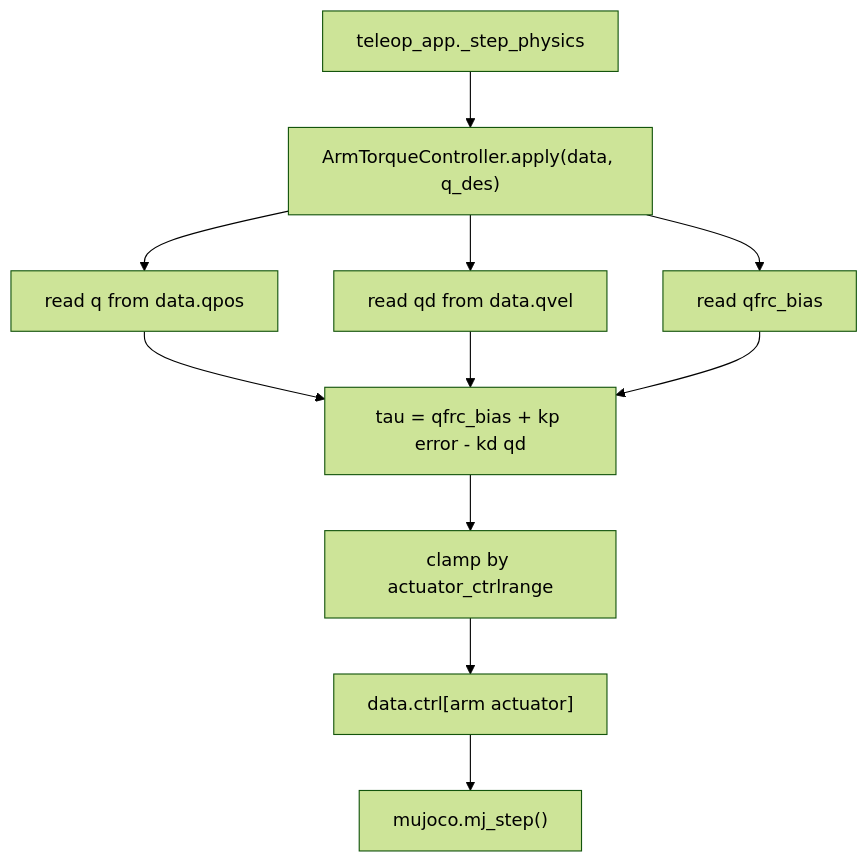
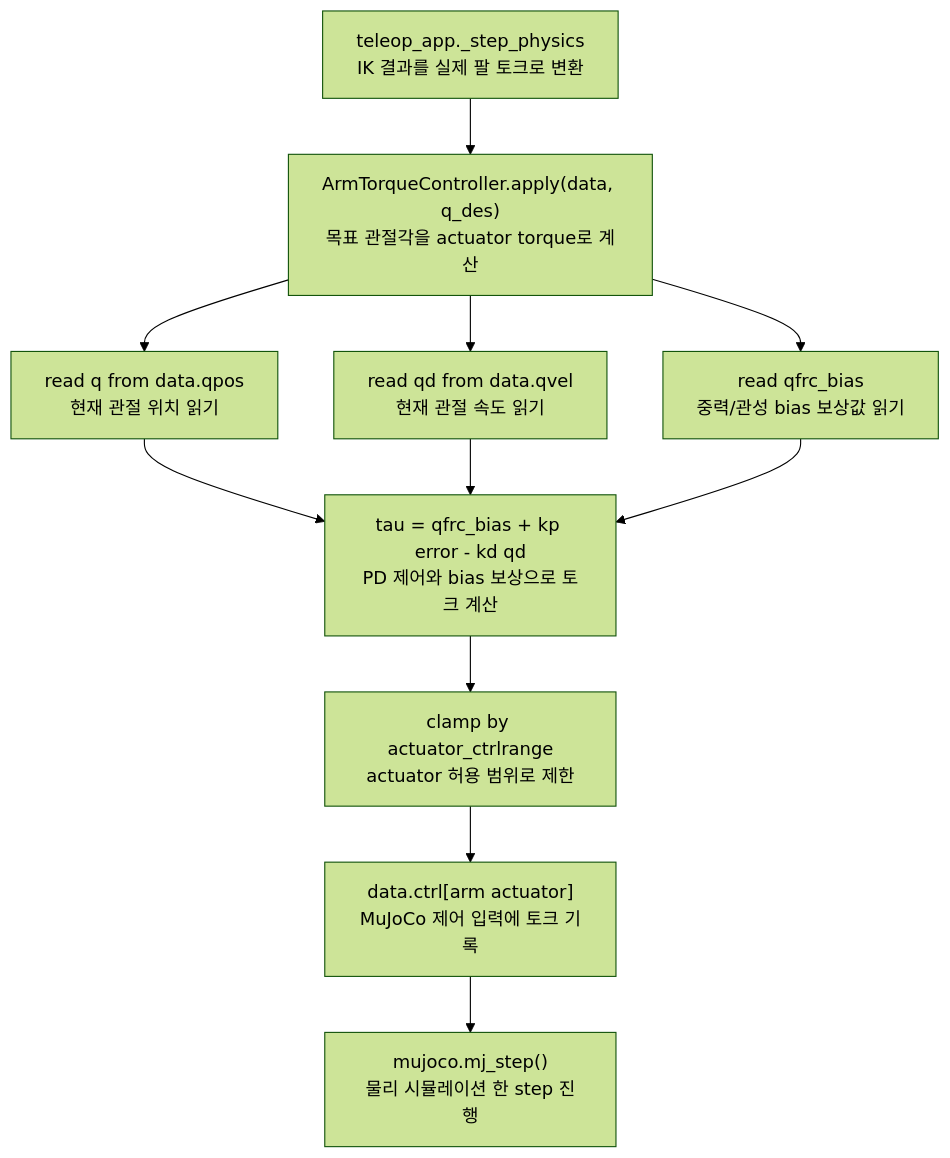
One commit to ggh-png/ffw-sh5-grasp changed the diagram in docs/guide/arm_control.md. Above: the diagram before and after it, drawn with Mermaid (forest theme). The commit also changed 9 other files, not shown here.

Commit message:
Improve docs diagrams and add project link

````diff
--- a/docs/guide/arm_control.md
+++ b/docs/guide/arm_control.md
@@ -25,13 +25,13 @@
 ```mermaid
 flowchart TD
-    A["teleop_app._step_physics"] --> B["ArmTorqueController.apply(data, q_des)"]
-    B --> C["read q from data.qpos"]
-    B --> D["read qd from data.qvel"]
-    B --> E["read qfrc_bias"]
-    C --> F["tau = qfrc_bias + kp error - kd qd"]
+    A["teleop_app._step_physics<br>IK 결과를 실제 팔 토크로 변환"] --> B["ArmTorqueController.apply(data, q_des)<br>목표 관절각을 actuator torque로 계산"]
+    B --> C["read q from data.qpos<br>현재 관절 위치 읽기"]
+    B --> D["read qd from data.qvel<br>현재 관절 속도 읽기"]
+    B --> E["read qfrc_bias<br>중력/관성 bias 보상값 읽기"]
+    C --> F["tau = qfrc_bias + kp error - kd qd<br>PD 제어와 bias 보상으로 토크 계산"]
     D --> F
     E --> F
-    F --> G["clamp by actuator_ctrlrange"]
-    G --> H["data.ctrl[arm actuator]"]
-    H --> I["mujoco.mj_step()"]
+    F --> G["clamp by actuator_ctrlrange<br>actuator 허용 범위로 제한"]
+    G --> H["data.ctrl[arm actuator]<br>MuJoCo 제어 입력에 토크 기록"]
+    H --> I["mujoco.mj_step()<br>물리 시뮬레이션 한 step 진행"]
 ```
````
